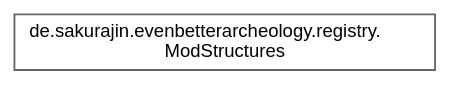
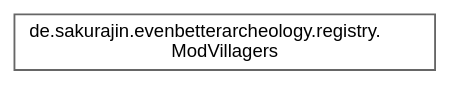
Before and after one commit to noah1510/EvenBetterArcheology: the diagram in inherit_graph_21.dot, drawn with Graphviz. The commit also changed 126 other files, not shown here.

```diff
--- a/inherit_graph_21.dot
+++ b/inherit_graph_21.dot
@@ -1,9 +1,9 @@
 digraph "Graphical Class Hierarchy"
 {
  // LATEX_PDF_SIZE
   bgcolor="transparent";
   edge [fontname=Helvetica,fontsize=10,labelfontname=Helvetica,labelfontsize=10];
   node [fontname=Helvetica,fontsize=10,shape=box,height=0.2,width=0.4];
   rankdir="LR";
-  Node0 [label="de.sakurajin.evenbetterarcheology.registry.\lModStructures",height=0.2,width=0.4,color="grey40", fillcolor="white", style="filled",URL="$classde_1_1sakurajin_1_1evenbetterarcheology_1_1registry_1_1ModStructures.html",tooltip=" "];
+  Node0 [label="de.sakurajin.evenbetterarcheology.registry.\lModVillagers",height=0.2,width=0.4,color="grey40", fillcolor="white", style="filled",URL="$classde_1_1sakurajin_1_1evenbetterarcheology_1_1registry_1_1ModVillagers.html",tooltip=" "];
 }
```
